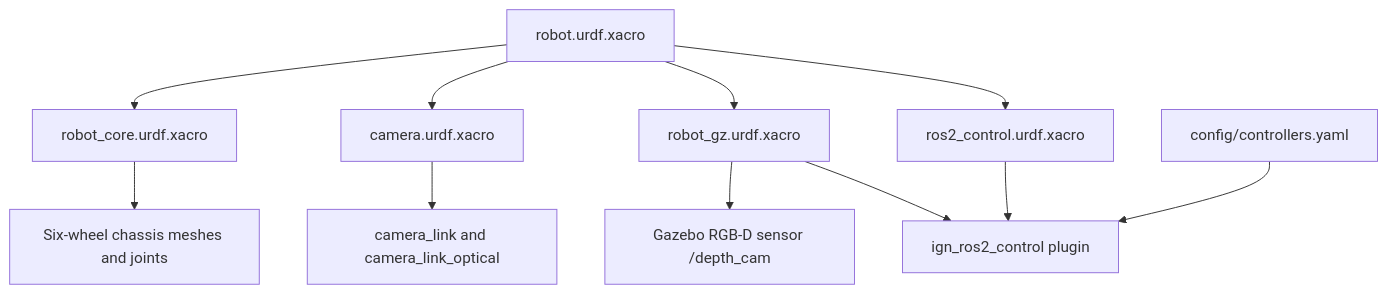
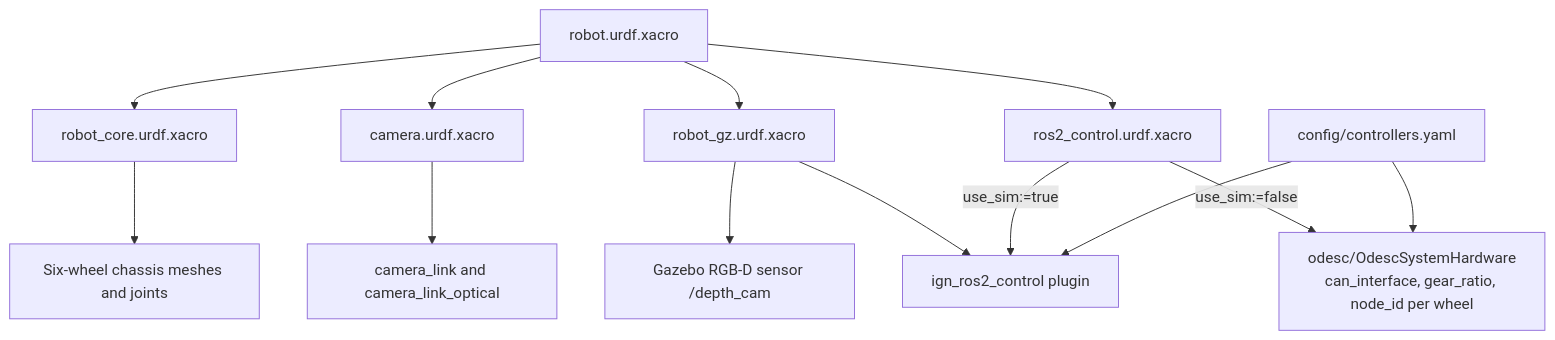
Before and after one commit to BILLEE-BroncoSTAR/billee-software-2027: the first of 2 diagrams in ros2_ws/src/robot_description/README.md, drawn with Mermaid. The commit also changed other lines of this file and 5 other files, not shown here.

````diff
--- a/ros2_ws/src/robot_description/README.md
+++ b/ros2_ws/src/robot_description/README.md
@@ -31,13 +38,15 @@
 ```mermaid
 graph TD
     A[robot.urdf.xacro] --> B[robot_core.urdf.xacro]
     A --> C[camera.urdf.xacro]
     A --> D[robot_gz.urdf.xacro]
     A --> E[ros2_control.urdf.xacro]
     B --> F[Six-wheel chassis meshes and joints]
     C --> G[camera_link and camera_link_optical]
     D --> H[Gazebo RGB-D sensor /depth_cam]
     D --> I[ign_ros2_control plugin]
-    E --> I
+    E -->|use_sim:=true| I
+    E -->|use_sim:=false| O[odesc/OdescSystemHardware\ncan_interface, gear_ratio, node_id per wheel]
     J[config/controllers.yaml] --> I
+    J --> O
 ```
````
